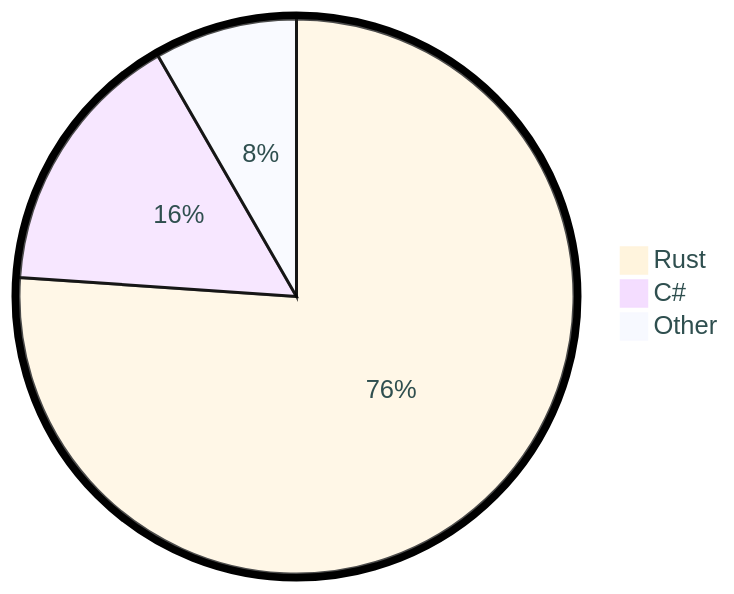
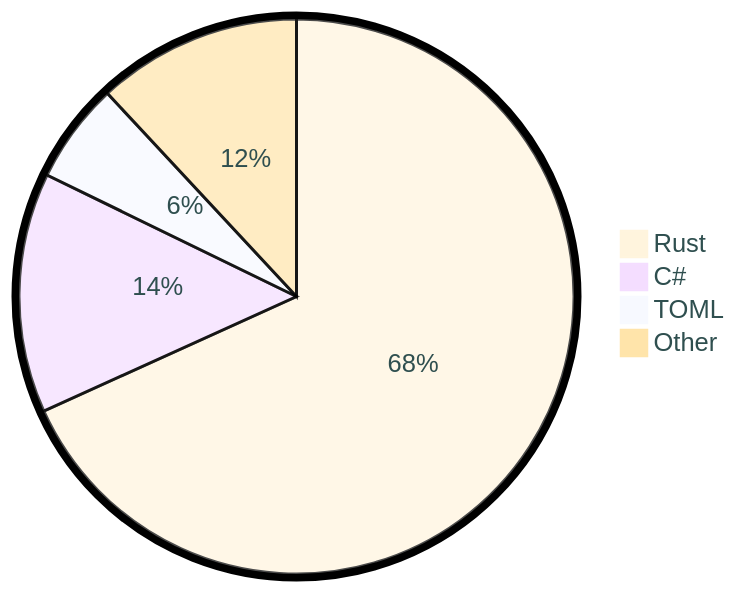
The diagram in README.md (tot0p/tot0p), drawn with Mermaid before and after one commit. The commit also changed other lines of this file, not shown here.

````diff
--- a/README.md
+++ b/README.md
@@ -78,7 +81,8 @@
 ```mermaid
 %%{init: {"pie": {"textPosition": 0.5}, "themeVariables": {"pieOuterStrokeWidth": "5px","primaryTextColor" : "#2F4F4F"},"theme":"base"} }%%
 pie
-	"Rust": 76.09
-	"C#": 15.6
-	"Other": 8.31
+	"Rust": 68.23
+	"C#": 13.99
+	"TOML": 5.86
+	"Other": 11.93
 ```
````
